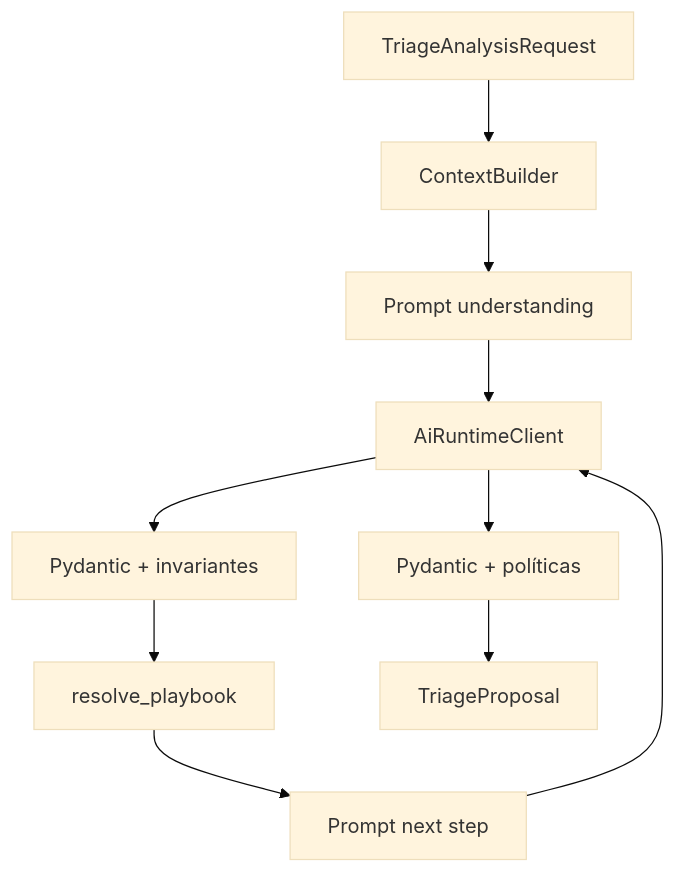
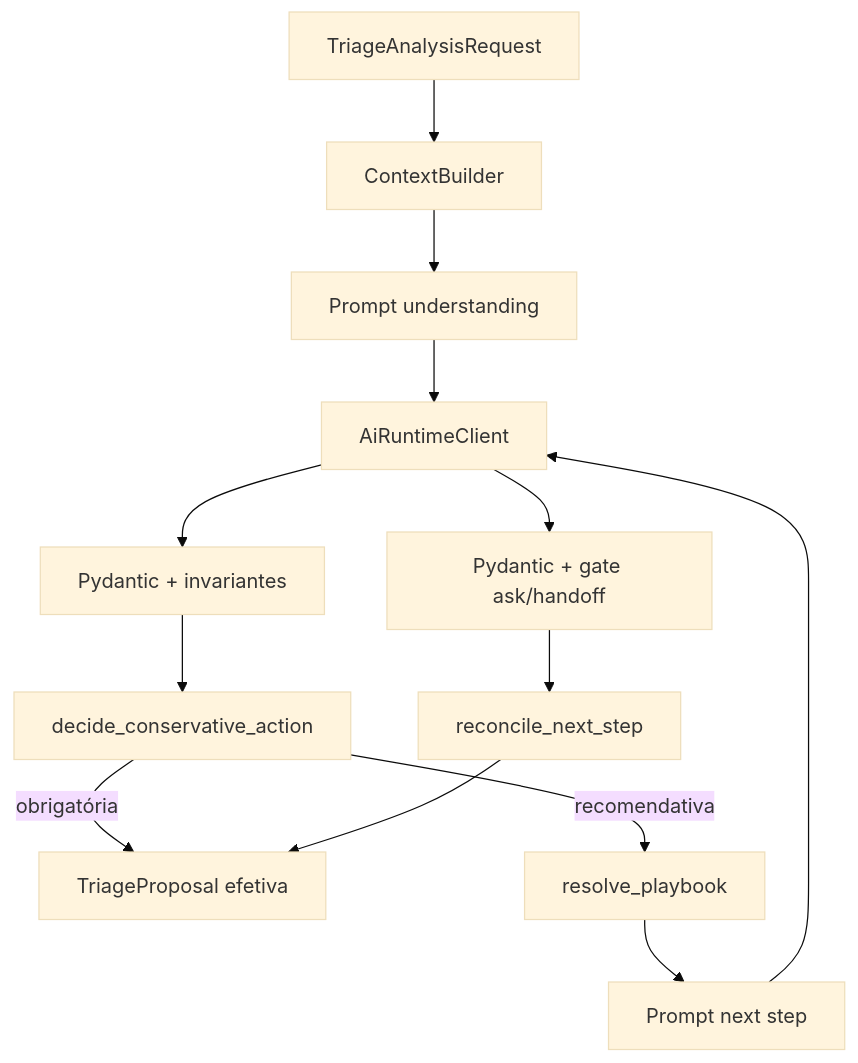
The diagram in docs/architecture.md (diegofavero7/advcrm-bot), drawn with Mermaid (base theme) before and after one commit. The commit also changed other lines of this file and 211 other files, not shown here.

````diff
--- a/docs/architecture.md
+++ b/docs/architecture.md
@@ -5,12 +5,15 @@
 ```mermaid
 flowchart TD
   Request["TriageAnalysisRequest"] --> Context["ContextBuilder"]
   Context --> UPrompt["Prompt understanding"]
   UPrompt --> AI["AiRuntimeClient"]
   AI --> UVal["Pydantic + invariantes"]
-  UVal --> Playbook["resolve_playbook"]
+  UVal --> Policy["decide_conservative_action"]
+  Policy -->|obrigatória| Proposal["TriageProposal efetiva"]
+  Policy -->|recomendativa| Playbook["resolve_playbook"]
   Playbook --> NPrompt["Prompt next step"]
   NPrompt --> AI
-  AI --> NVal["Pydantic + políticas"]
-  NVal --> Proposal["TriageProposal"]
+  AI --> NVal["Pydantic + gate ask/handoff"]
+  NVal --> Reconcile["reconcile_next_step"]
+  Reconcile --> Proposal
 ```
````
